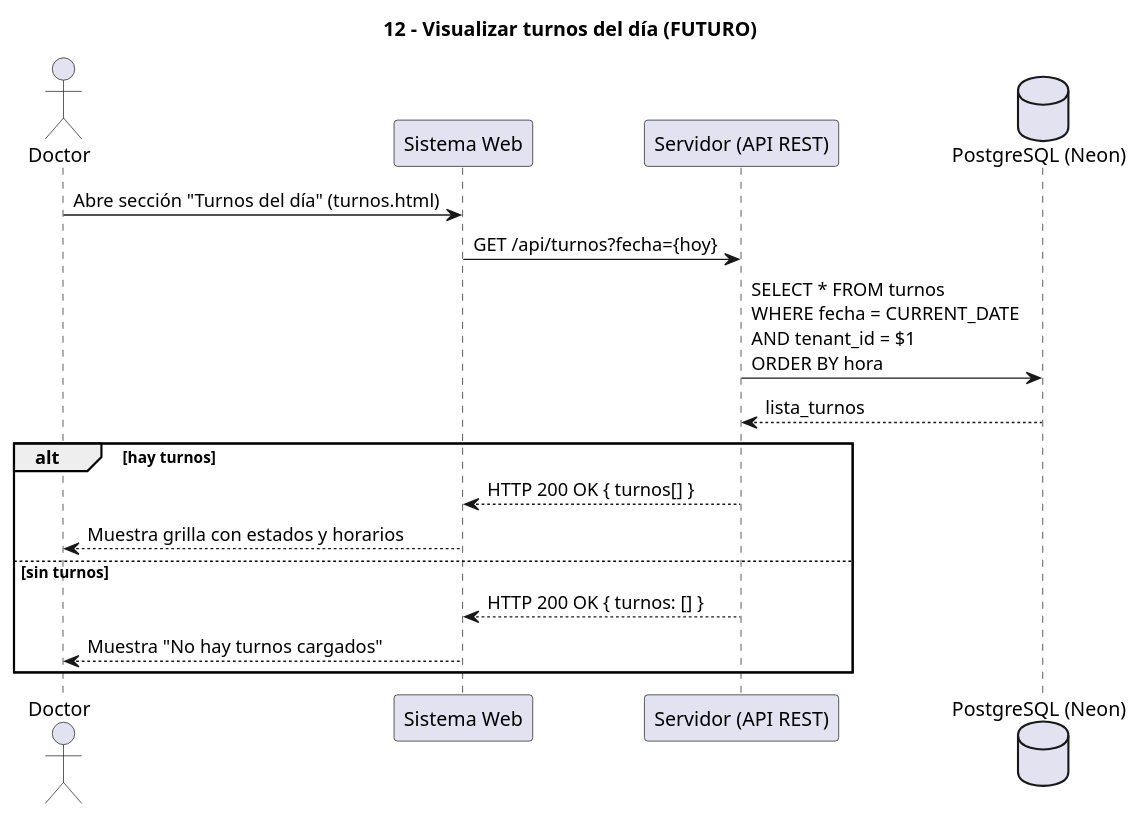
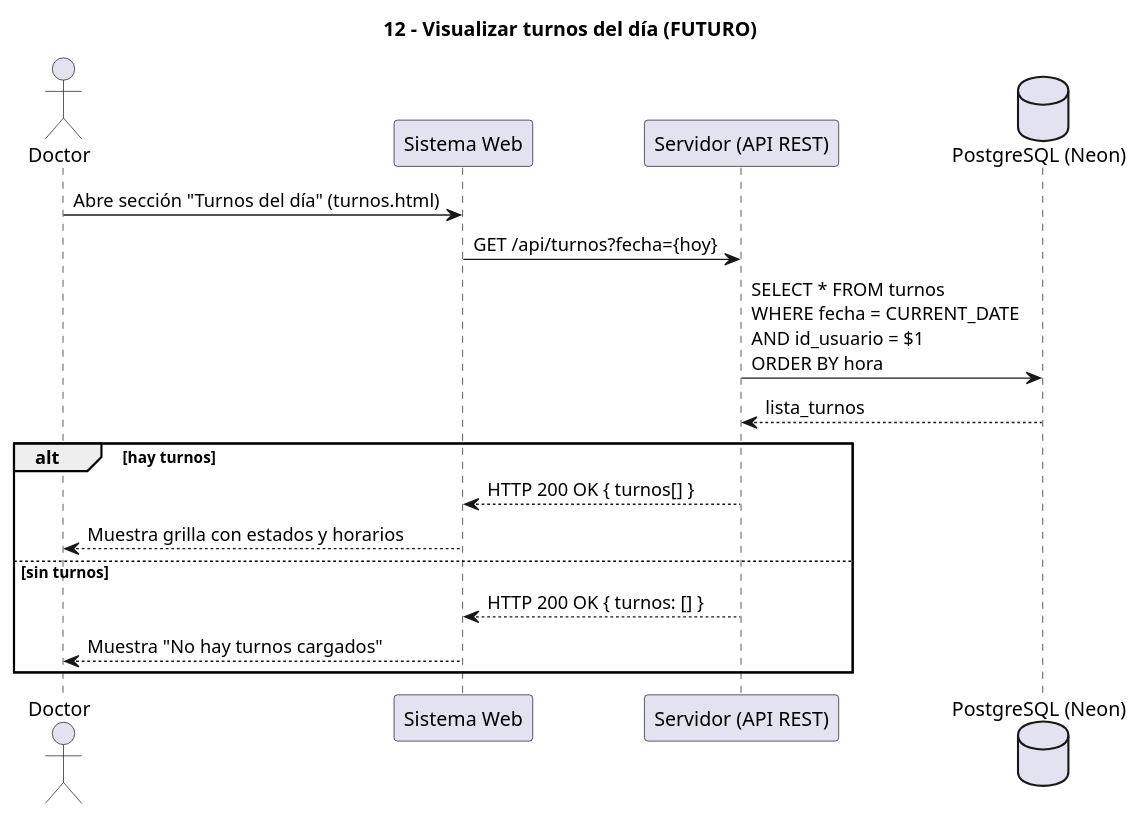
The diagram in docs/12_visualizar_turnos_del_dia.puml (marcostoledo96/mvp_historias-clinicas), drawn with PlantUML before and after one commit. The commit also changed 38 other files, not shown here.

Commit message:
Actualizacion UML

```diff
--- a/docs/12_visualizar_turnos_del_dia.puml
+++ b/docs/12_visualizar_turnos_del_dia.puml
@@ -1,24 +1,24 @@
 @startuml
 ' Diagrama 12 - Visualizar turnos del día
 ' FUNCIONALIDAD FUTURA - No implementada en el MVP actual
 title 12 - Visualizar turnos del día (FUTURO)
 
 actor Doctor
 participant "Sistema Web" as Web
 participant "Servidor (API REST)" as Server
 database "PostgreSQL (Neon)" as DB
 
 Doctor -> Web : Abre sección "Turnos del día" (turnos.html)
 Web -> Server : GET /api/turnos?fecha={hoy}
-Server -> DB : SELECT * FROM turnos\nWHERE fecha = CURRENT_DATE\nAND tenant_id = $1\nORDER BY hora
+Server -> DB : SELECT * FROM turnos\nWHERE fecha = CURRENT_DATE\nAND id_usuario = $1\nORDER BY hora
 DB --> Server : lista_turnos
 
 alt hay turnos
   Server --> Web : HTTP 200 OK { turnos[] }
   Web --> Doctor : Muestra grilla con estados y horarios
 else sin turnos
   Server --> Web : HTTP 200 OK { turnos: [] }
   Web --> Doctor : Muestra "No hay turnos cargados"
 end
 
 @enduml
```
